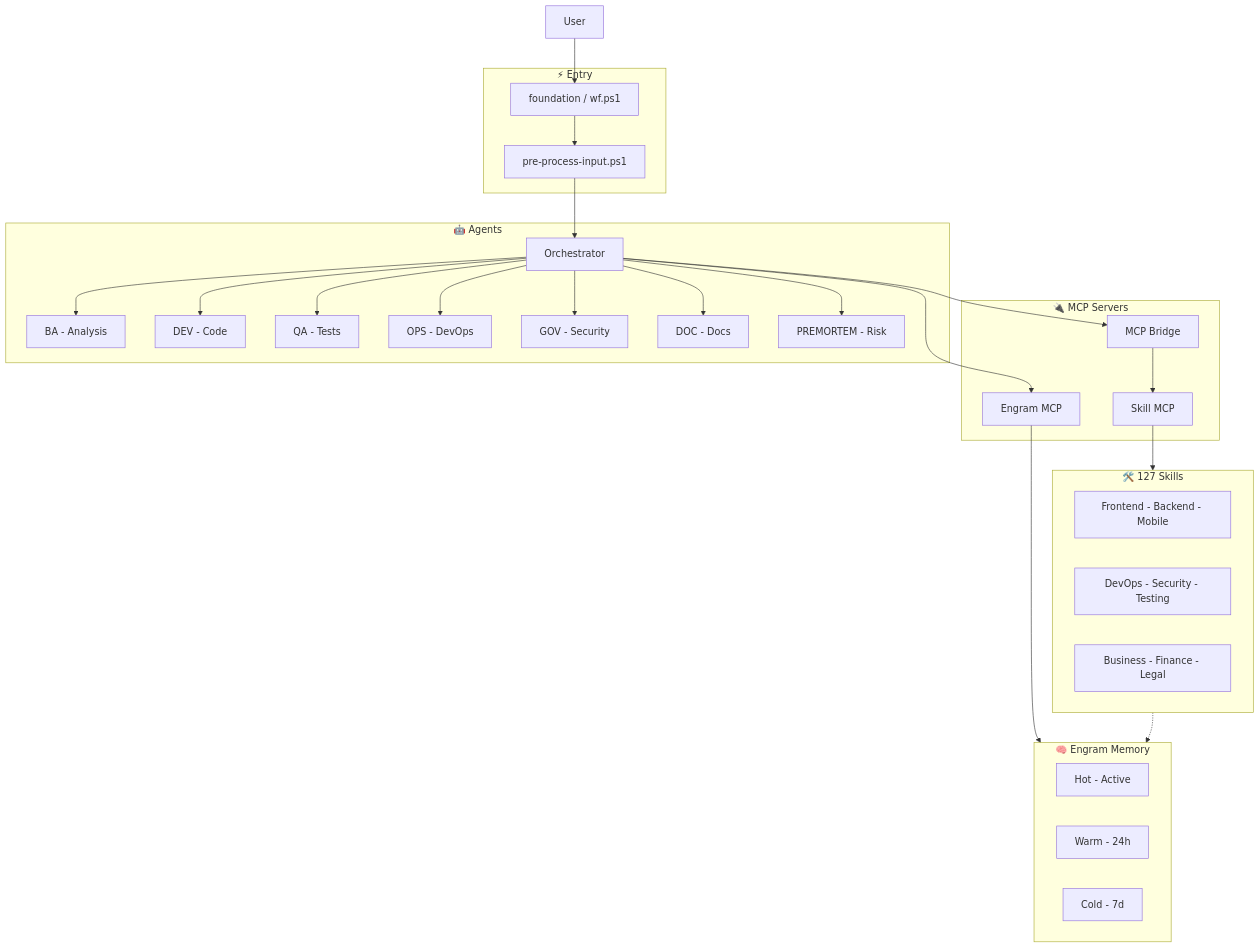
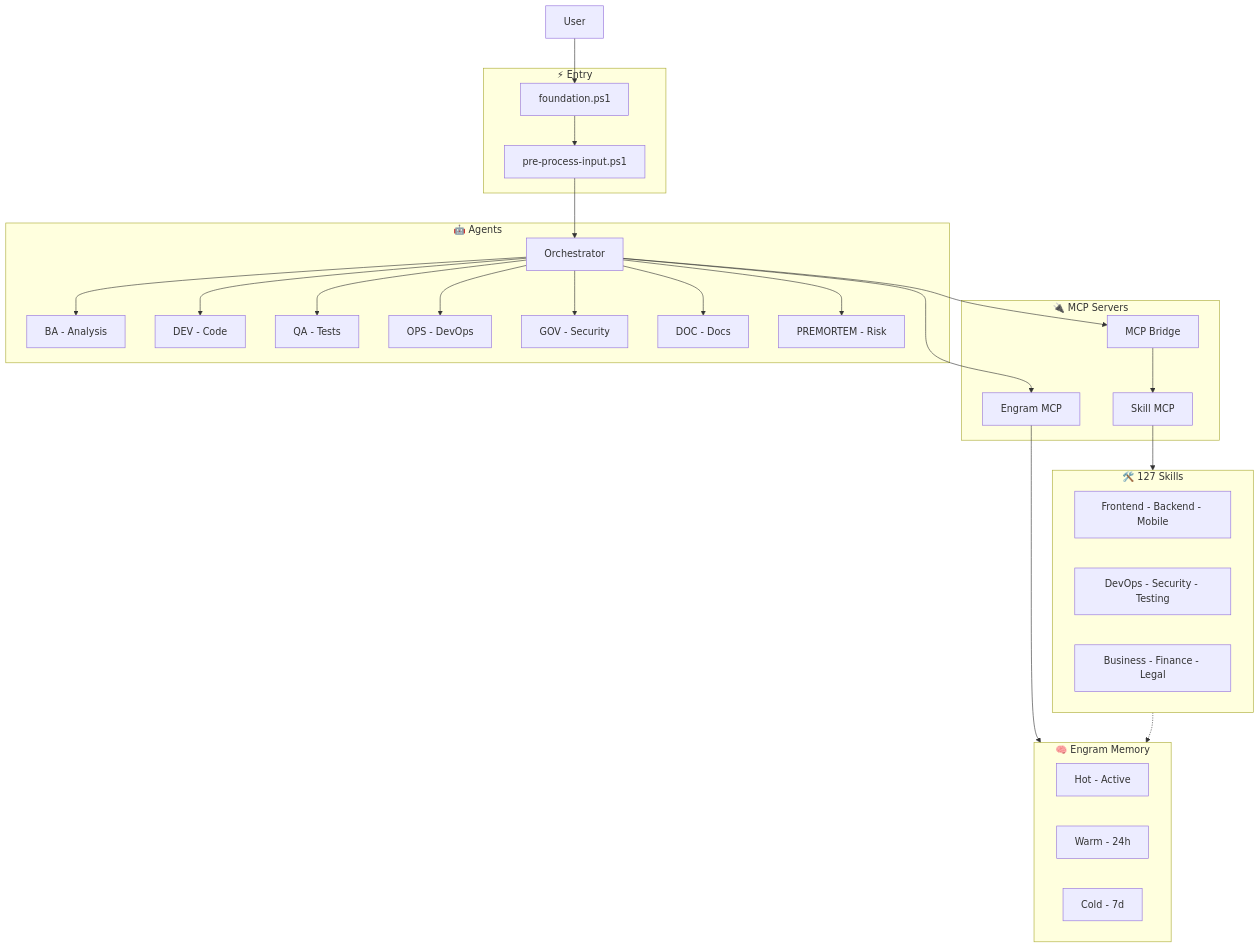
The second of 3 diagrams in README.md (EmmanuelOrtiz87/gentle-vanguard), drawn with Mermaid before and after one commit. The commit also changed other lines of this file and 58 other files, not shown here.

````diff
--- a/README.md
+++ b/README.md
@@ -116,41 +116,41 @@
 ```mermaid
 flowchart TB
     subgraph AGT["🤖 Agents"]
         ORC[Orchestrator]
         ORC --> BA[BA - Analysis]
         ORC --> DEV[DEV - Code]
         ORC --> QA[QA - Tests]
         ORC --> OPS[OPS - DevOps]
         ORC --> GOV[GOV - Security]
         ORC --> DOC[DOC - Docs]
         ORC --> PRE[PREMORTEM - Risk]
     end
 
     subgraph CLI["⚡ Entry"]
-        WF[foundation / wf.ps1]
+        WF[foundation.ps1]
         PP[pre-process-input.ps1]
     end
 
     subgraph MCP["🔌 MCP Servers"]
         BRIDGE[MCP Bridge]
         EMCP[Engram MCP]
         SMCP[Skill MCP]
     end
 
     subgraph SK["🛠️ 127 Skills"]
         FE[Frontend - Backend - Mobile]
         OS[DevOps - Security - Testing]
         BZ[Business - Finance - Legal]
     end
 
     subgraph MEM["🧠 Engram Memory"]
         H[Hot - Active]
         W[Warm - 24h]
         C[Cold - 7d]
     end
 
     User --> WF --> PP --> ORC
     ORC --> BRIDGE --> SMCP --> SK
     ORC --> EMCP --> MEM
     SK -.-> MEM
 ```
````
